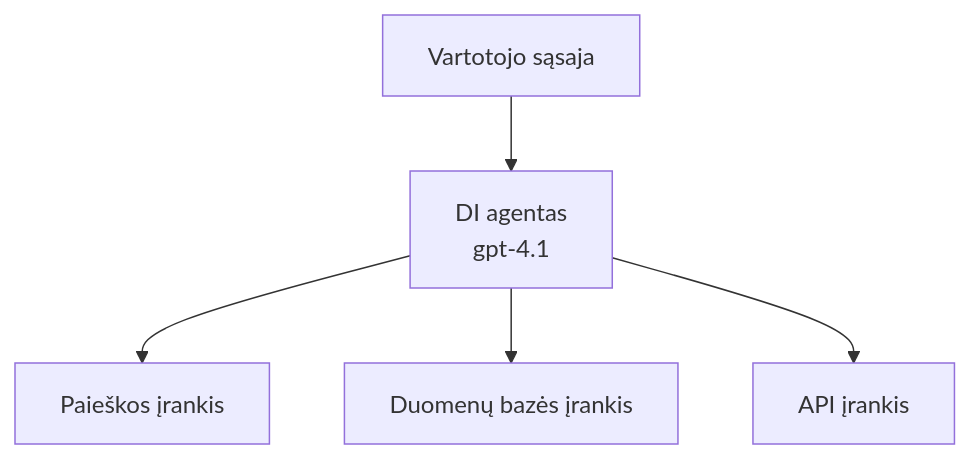
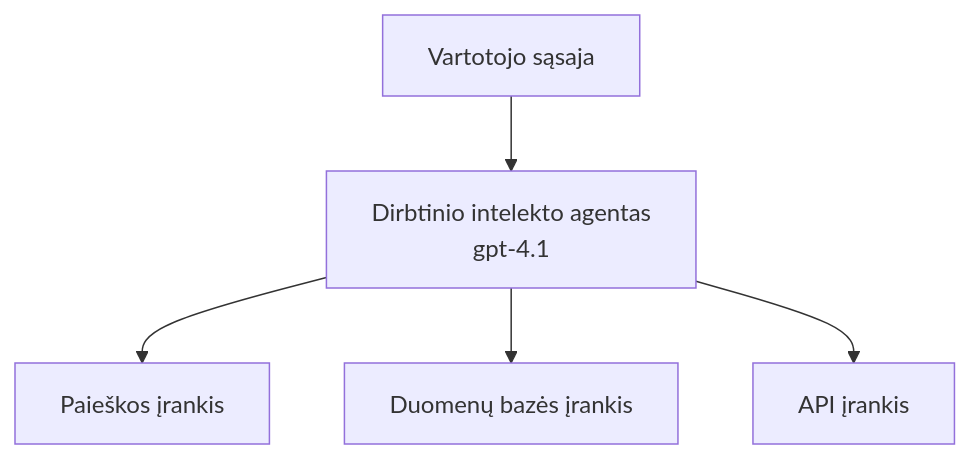
One commit to microsoft/AZD-for-beginners changed the first of 3 diagrams in translations/lt/docs/chapter-02-ai-development/agents.md. Above: the diagram before and after it, drawn with Mermaid. The commit also changed other lines of this file and 101 other files, not shown here.

````diff
--- a/translations/lt/docs/chapter-02-ai-development/agents.md
+++ b/translations/lt/docs/chapter-02-ai-development/agents.md
@@ -152,7 +157,7 @@
 ```mermaid
 graph TD
-    UI[Vartotojo sąsaja] --> Agent[DI agentas<br/>gpt-4.1]
+    UI[Vartotojo sąsaja] --> Agent[Dirbtinio intelekto agentas<br/>gpt-4.1]
     Agent --> Search[Paieškos įrankis]
     Agent --> Database[Duomenų bazės įrankis]
     Agent --> API[API įrankis]
 ```
````
